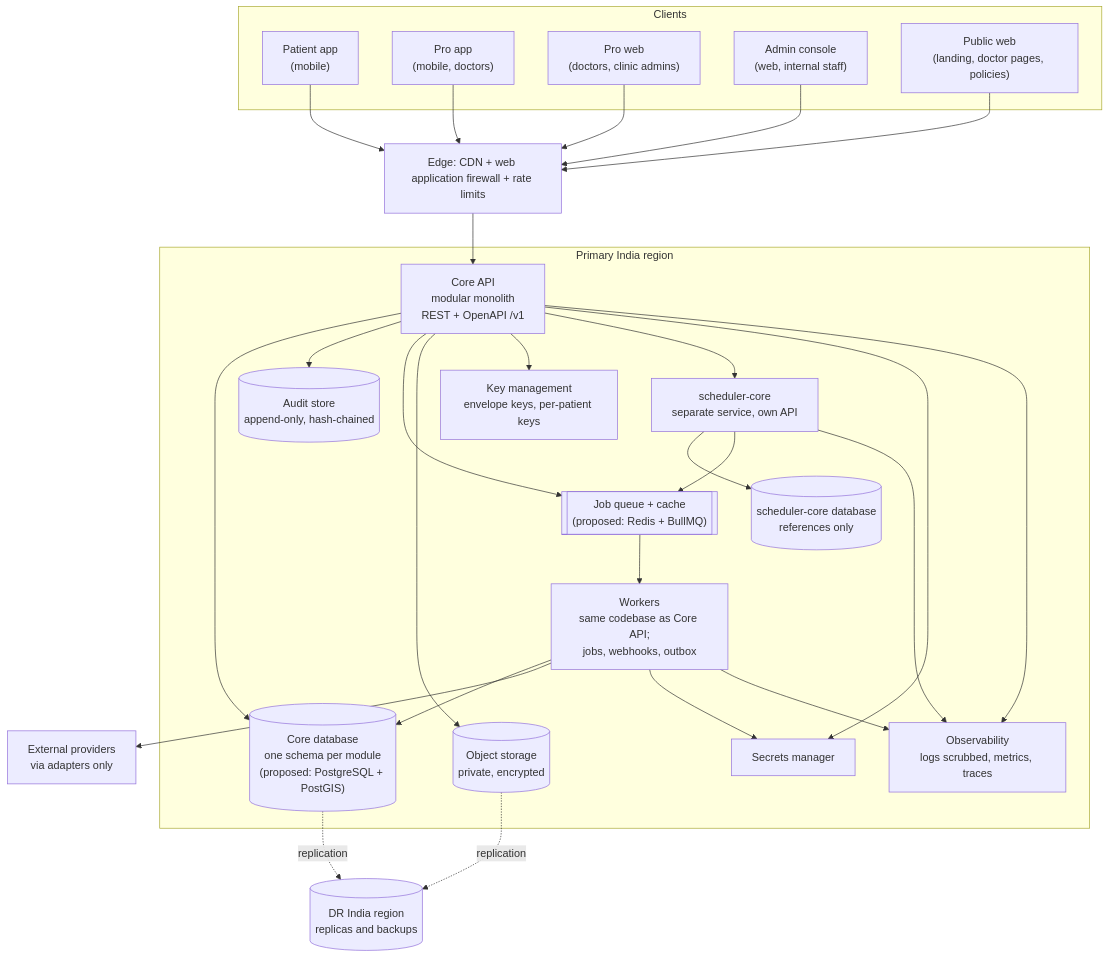
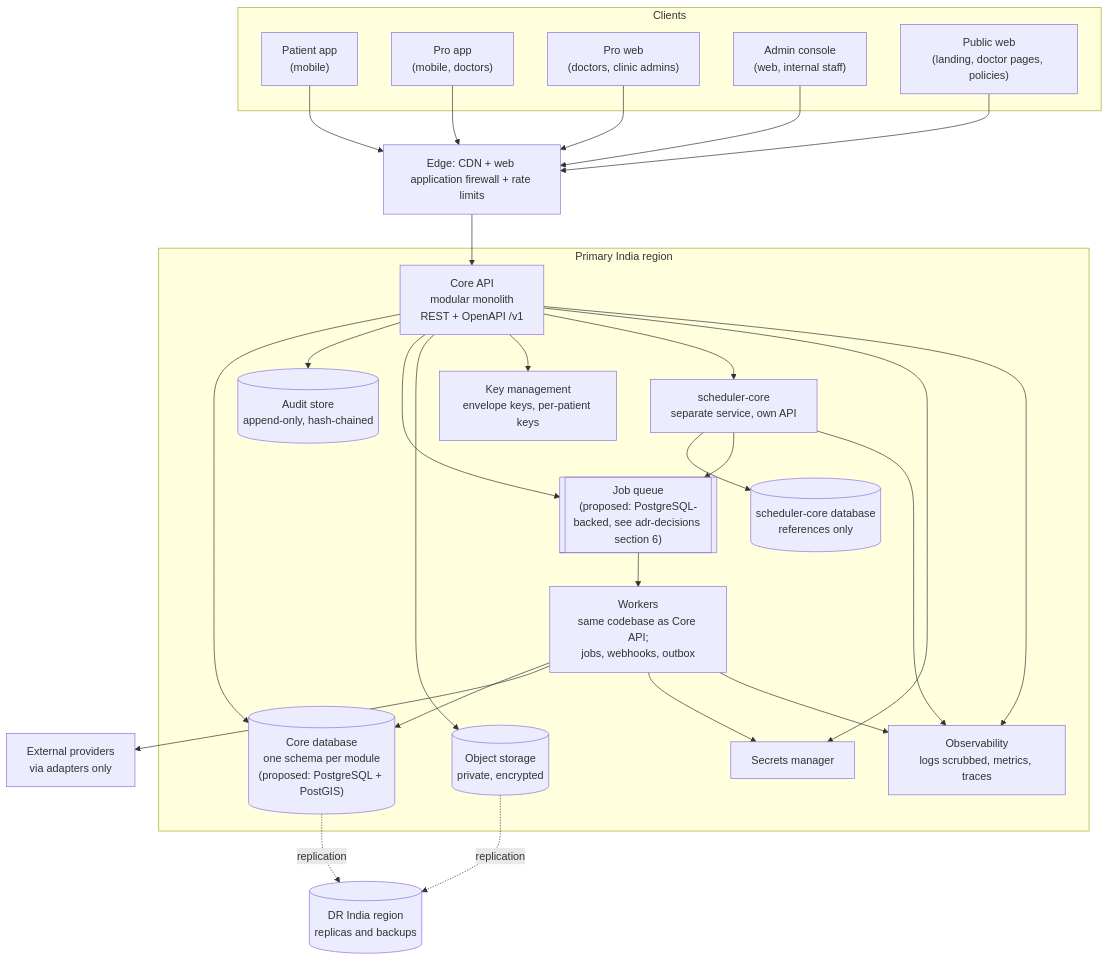
Before and after one commit to viyallabs/mugizh: the second of 7 diagrams in docs/arch/architecture-overview.md, drawn with Mermaid. The commit also changed 3 other files, not shown here.

````diff
--- a/docs/arch/architecture-overview.md
+++ b/docs/arch/architecture-overview.md
@@ -49,54 +49,54 @@
 ```mermaid
 flowchart TB
   subgraph Clients
     PA["Patient app<br/>(mobile)"]
     PRO["Pro app<br/>(mobile, doctors)"]
     PW["Pro web<br/>(doctors, clinic admins)"]
     ADM["Admin console<br/>(web, internal staff)"]
     PUB["Public web<br/>(landing, doctor pages, policies)"]
   end
 
   EDGE["Edge: CDN + web application firewall + rate limits"]
 
   subgraph Primary India region
     API["Core API<br/>modular monolith<br/>REST + OpenAPI /v1"]
     WRK["Workers<br/>same codebase as Core API;<br/>jobs, webhooks, outbox"]
     SCH["scheduler-core<br/>separate service, own API"]
     DB[("Core database<br/>one schema per module<br/>(proposed: PostgreSQL + PostGIS)")]
     SDB[("scheduler-core database<br/>references only")]
     AUD[("Audit store<br/>append-only, hash-chained")]
-    Q[["Job queue + cache<br/>(proposed: Redis + BullMQ)"]]
+    Q[["Job queue<br/>(proposed: PostgreSQL-backed, see adr-decisions section 6)"]]
     OBJ[("Object storage<br/>private, encrypted")]
     KMS["Key management<br/>envelope keys, per-patient keys"]
     SEC["Secrets manager"]
     OBS["Observability<br/>logs scrubbed, metrics, traces"]
   end
 
   DR[("DR India region<br/>replicas and backups")]
   EXT["External providers<br/>via adapters only"]
 
   PA --> EDGE
   PRO --> EDGE
   PW --> EDGE
   ADM --> EDGE
   PUB --> EDGE
   EDGE --> API
   API --> DB
   API --> AUD
   API --> Q
   API --> OBJ
   API --> KMS
   API --> SCH
   Q --> WRK
   WRK --> DB
   WRK --> EXT
   SCH --> SDB
   SCH --> Q
   API --> SEC
   WRK --> SEC
   DB -.->|replication| DR
   OBJ -.->|replication| DR
   API --> OBS
   WRK --> OBS
   SCH --> OBS
 ```
````
